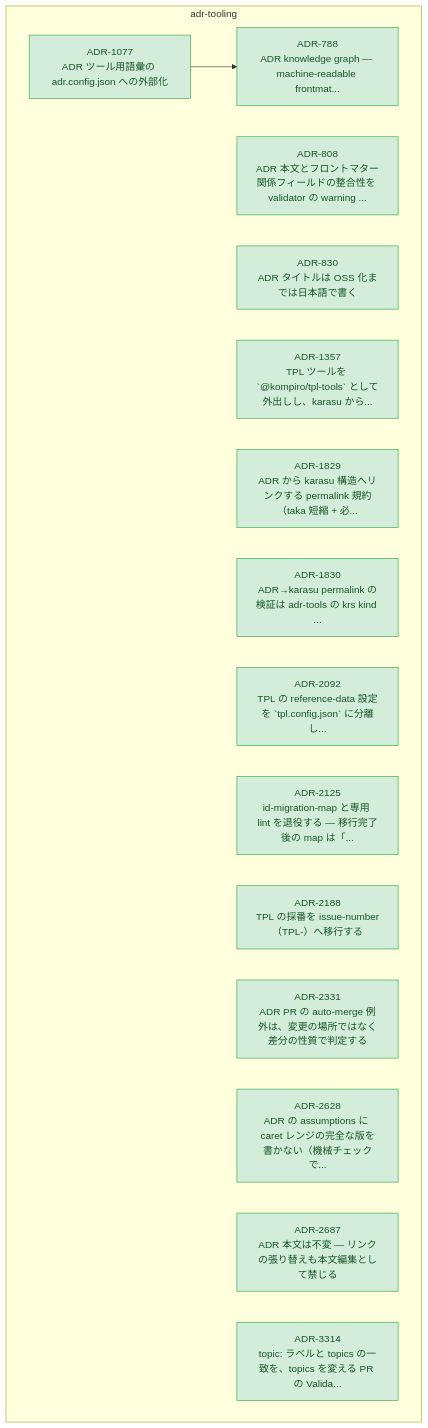
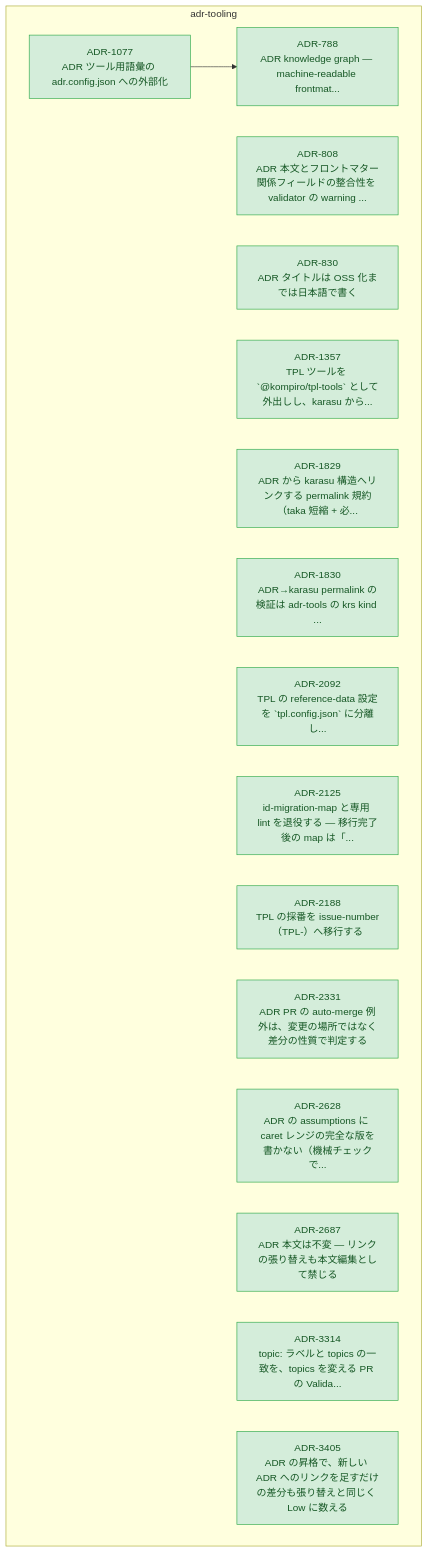
Before and after one commit to kompiro/karasu: the diagram in docs/adr/graph/adr-tooling.md, drawn with Mermaid. The commit also changed 8 other files, not shown here.

First line of the commit message:
fix(review): count an ADR promotion that only adds the ADR link to its AT as Low (#3405)

````diff
--- a/docs/adr/graph/adr-tooling.md
+++ b/docs/adr/graph/adr-tooling.md
@@ -6,41 +6,43 @@
 ```mermaid
 flowchart TD
   subgraph adr-tooling["adr-tooling"]
     ADR_788["ADR-788<br/>ADR knowledge graph — machine-readable frontmat..."]
     ADR_808["ADR-808<br/>ADR 本文とフロントマター関係フィールドの整合性を validator の warning ..."]
     ADR_830["ADR-830<br/>ADR タイトルは OSS 化までは日本語で書く"]
     ADR_1077["ADR-1077<br/>ADR ツール用語彙の adr.config.json への外部化"]
     ADR_1357["ADR-1357<br/>TPL ツールを `@kompiro/tpl-tools` として外出しし、karasu から..."]
     ADR_1829["ADR-1829<br/>ADR から karasu 構造へリンクする permalink 規約（taka 短縮 + 必..."]
     ADR_1830["ADR-1830<br/>ADR→karasu permalink の検証は adr-tools の krs kind ..."]
     ADR_2092["ADR-2092<br/>TPL の reference-data 設定を `tpl.config.json` に分離し..."]
     ADR_2125["ADR-2125<br/>id-migration-map と専用 lint を退役する — 移行完了後の map は「..."]
     ADR_2188["ADR-2188<br/>TPL の採番を issue-number（TPL-<n>）へ移行する"]
     ADR_2331["ADR-2331<br/>ADR PR の auto-merge 例外は、変更の場所ではなく差分の性質で判定する"]
     ADR_2628["ADR-2628<br/>ADR の assumptions に caret レンジの完全な版を書かない（機械チェックで..."]
     ADR_2687["ADR-2687<br/>ADR 本文は不変 — リンクの張り替えも本文編集として禁じる"]
     ADR_3314["ADR-3314<br/>topic: ラベルと topics の一致を、topics を変える PR の Valida..."]
+    ADR_3405["ADR-3405<br/>ADR の昇格で、新しい ADR へのリンクを足すだけの差分も張り替えと同じく Low に数える"]
   end
   ADR_1077 --> ADR_788
 
   classDef accepted fill:#d4edda,stroke:#28a745,color:#155724
   classDef proposed fill:#fff3cd,stroke:#ffc107,color:#856404
   classDef deprecated fill:#f8d7da,stroke:#dc3545,color:#721c24
   classDef superseded fill:#e2e3e5,stroke:#6c757d,color:#383d41
   classDef not_adopted fill:#e2e3e5,stroke:#6c757d,color:#383d41,stroke-dasharray:3 3
   classDef ghost fill:#f5f5f5,stroke:#adb5bd,color:#6c757d,stroke-dasharray:2 2
   class ADR_788 accepted
   class ADR_808 accepted
   class ADR_830 accepted
   class ADR_1077 accepted
   class ADR_1357 accepted
   class ADR_1829 accepted
   class ADR_1830 accepted
   class ADR_2092 accepted
   class ADR_2125 accepted
   class ADR_2188 accepted
   class ADR_2331 accepted
   class ADR_2628 accepted
   class ADR_2687 accepted
   class ADR_3314 accepted
+  class ADR_3405 accepted
 ```
````
